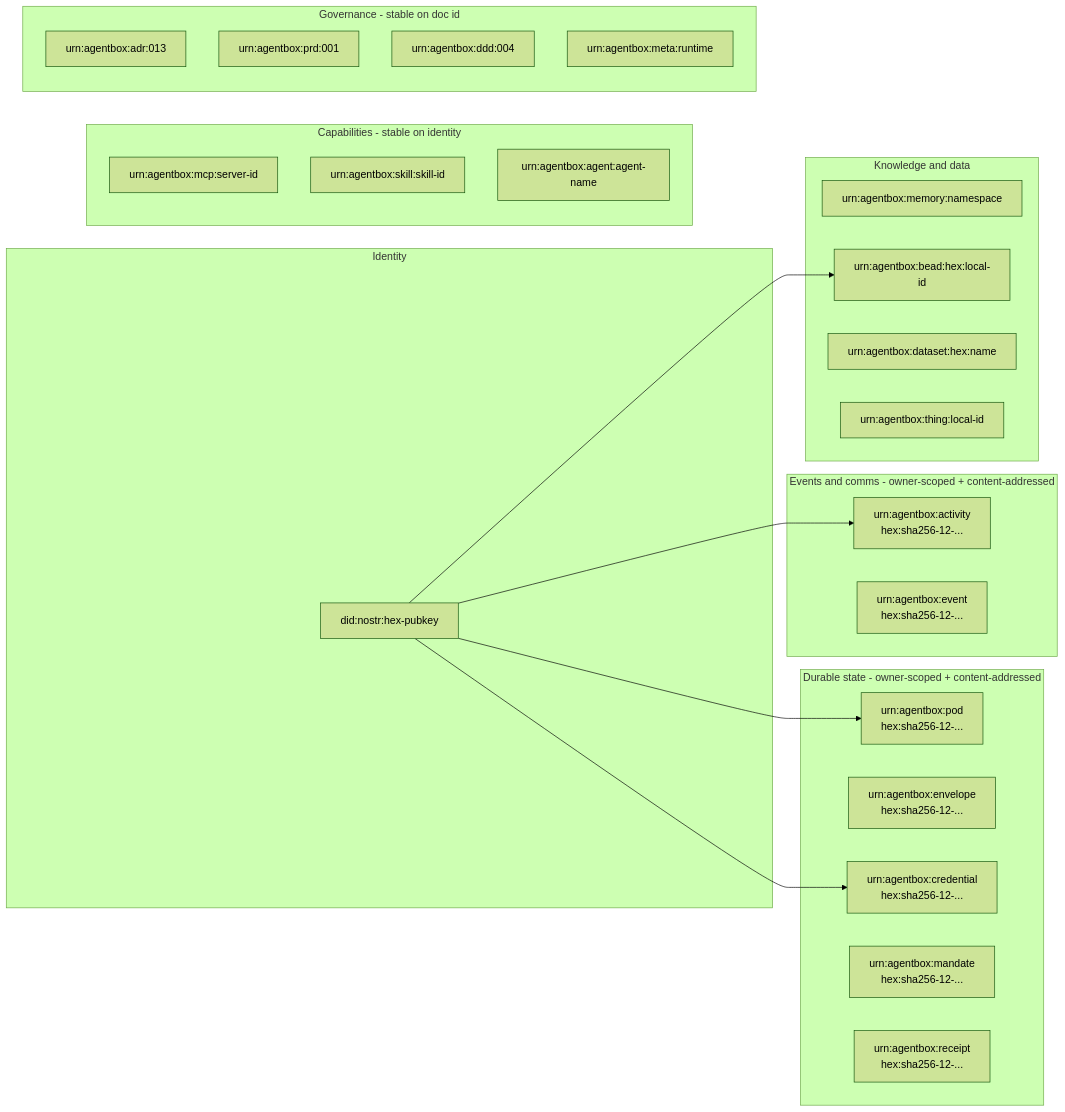
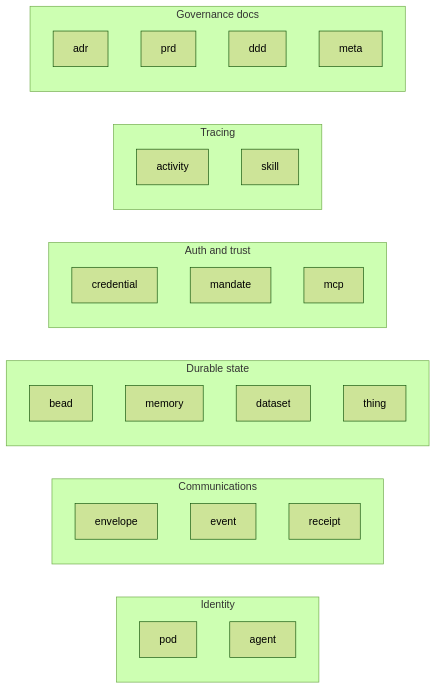
One commit to DreamLab-AI/agentbox changed the third of 3 diagrams in README.md. Above: the diagram before and after it, drawn with Mermaid (forest theme). The commit also changed other lines of this file, not shown here.

First line of the commit message:
docs: invert README pyramid — practical value first, architecture second

````diff
--- a/README.md
+++ b/README.md
@@ -115,44 +186,38 @@
 ```mermaid
 flowchart LR
-    subgraph identity_cat["Identity"]
-        DID_NODE[did:nostr:hex-pubkey]
+    subgraph identity_k["Identity"]
+        POD_K[pod]
+        AGENT_K[agent]
     end
 
-    subgraph durable["Durable state - owner-scoped + content-addressed"]
-        POD_K[urn:agentbox:pod\nhex:sha256-12-...]
-        ENV_K[urn:agentbox:envelope\nhex:sha256-12-...]
-        CRED_K[urn:agentbox:credential\nhex:sha256-12-...]
-        MAND_K[urn:agentbox:mandate\nhex:sha256-12-...]
-        RECE_K[urn:agentbox:receipt\nhex:sha256-12-...]
+    subgraph comms["Communications"]
+        ENVELOPE_K[envelope]
+        EVENT_K[event]
+        RECEIPT_K[receipt]
     end
 
-    subgraph events_cat["Events and comms - owner-scoped + content-addressed"]
-        ACT_K[urn:agentbox:activity\nhex:sha256-12-...]
-        EVT_K[urn:agentbox:event\nhex:sha256-12-...]
+    subgraph state["Durable state"]
+        BEAD_K[bead]
+        MEMORY_K[memory]
+        DATASET_K[dataset]
+        THING_K[thing]
     end
 
-    subgraph knowledge["Knowledge and data"]
-        MEM_K[urn:agentbox:memory:namespace]
-        BEAD_K[urn:agentbox:bead:hex:local-id]
-        DATA_K[urn:agentbox:dataset:hex:name]
-        THING_K[urn:agentbox:thing:local-id]
+    subgraph auth["Auth and trust"]
+        CRED_K[credential]
+        MANDATE_K[mandate]
+        MCP_K[mcp]
     end
 
-    subgraph capabilities["Capabilities - stable on identity"]
-        MCP_K[urn:agentbox:mcp:server-id]
-        SKILL_K[urn:agentbox:skill:skill-id]
-        AGENT_K[urn:agentbox:agent:agent-name]
+    subgraph trace["Tracing"]
+        ACTIVITY_K[activity]
+        SKILL_K[skill]
     end
 
-    subgraph governance["Governance - stable on doc id"]
-        ADR_K[urn:agentbox:adr:013]
-        PRD_K[urn:agentbox:prd:001]
-        DDD_K[urn:agentbox:ddd:004]
-        META_K[urn:agentbox:meta:runtime]
+    subgraph docs["Governance docs"]
+        ADR_K[adr]
+        PRD_K[prd]
+        DDD_K[ddd]
+        META_K[meta]
     end
-
-    DID_NODE --> POD_K
-    DID_NODE --> CRED_K
-    DID_NODE --> ACT_K
-    DID_NODE --> BEAD_K
 ```
````
